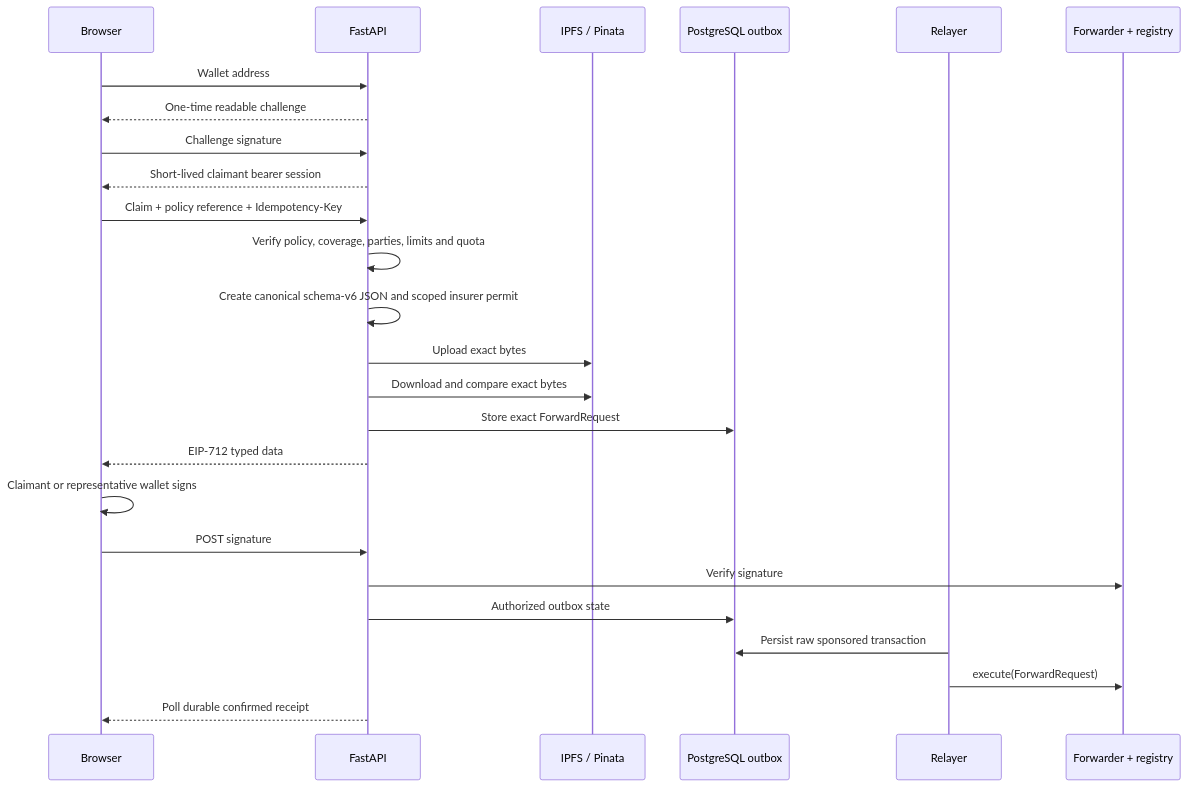
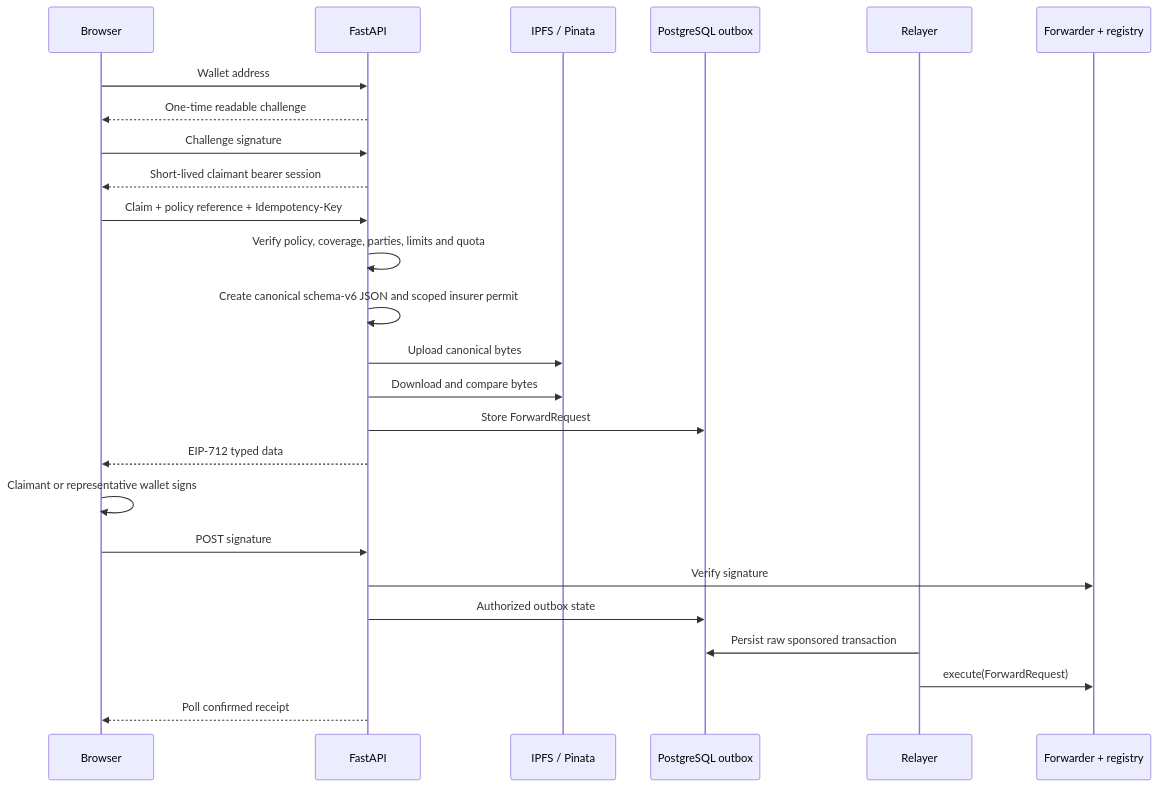
Before and after one commit to ganesh1997oli/Decentralized-Claims-Registry: the first of 2 diagrams in apps/backend/README.md, drawn with Mermaid. The commit also changed other lines of this file and 80 other files, not shown here.

````diff
--- a/apps/backend/README.md
+++ b/apps/backend/README.md
@@ -30,28 +30,28 @@
 ```mermaid
 sequenceDiagram
     participant B as Browser
     participant A as FastAPI
     participant I as IPFS / Pinata
     participant P as PostgreSQL outbox
     participant R as Relayer
     participant E as Forwarder + registry
 
     B->>A: Wallet address
     A-->>B: One-time readable challenge
     B->>A: Challenge signature
     A-->>B: Short-lived claimant bearer session
     B->>A: Claim + policy reference + Idempotency-Key
     A->>A: Verify policy, coverage, parties, limits and quota
     A->>A: Create canonical schema-v6 JSON and scoped insurer permit
-    A->>I: Upload exact bytes
-    A->>I: Download and compare exact bytes
-    A->>P: Store exact ForwardRequest
+    A->>I: Upload canonical bytes
+    A->>I: Download and compare bytes
+    A->>P: Store ForwardRequest
     A-->>B: EIP-712 typed data
     B->>B: Claimant or representative wallet signs
     B->>A: POST signature
     A->>E: Verify signature
     A->>P: Authorized outbox state
     R->>P: Persist raw sponsored transaction
     R->>E: execute(ForwardRequest)
-    A-->>B: Poll durable confirmed receipt
+    A-->>B: Poll confirmed receipt
 ```
````
